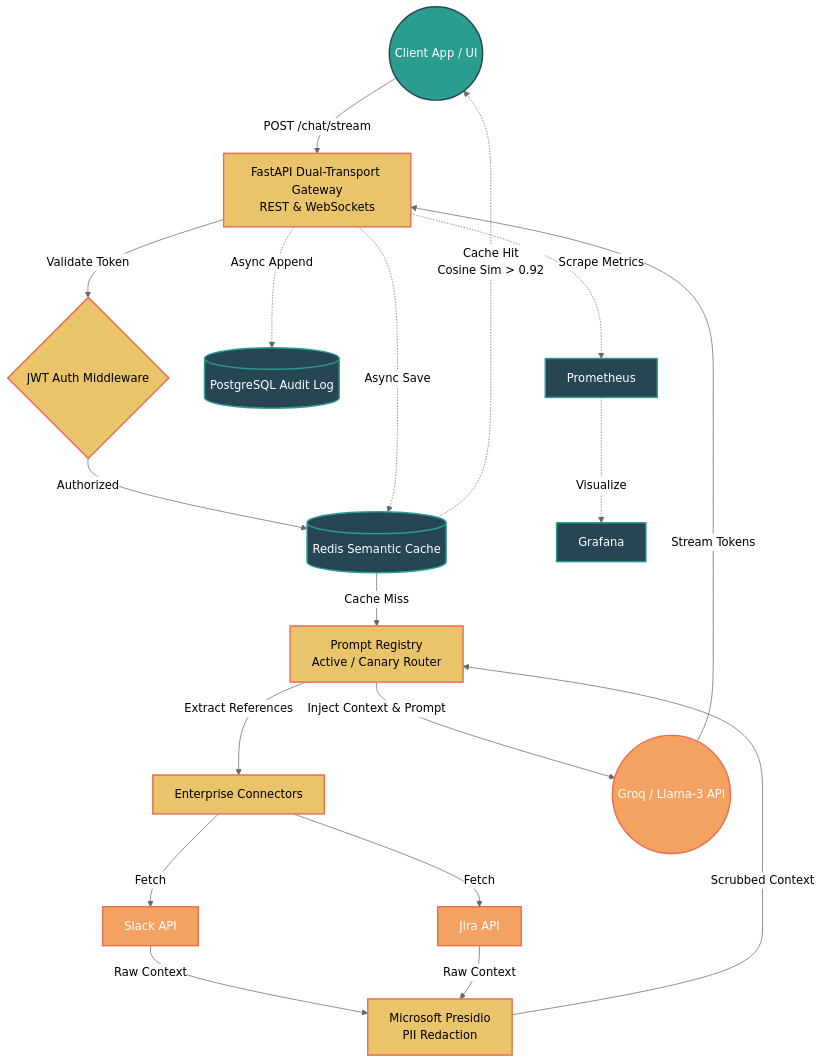
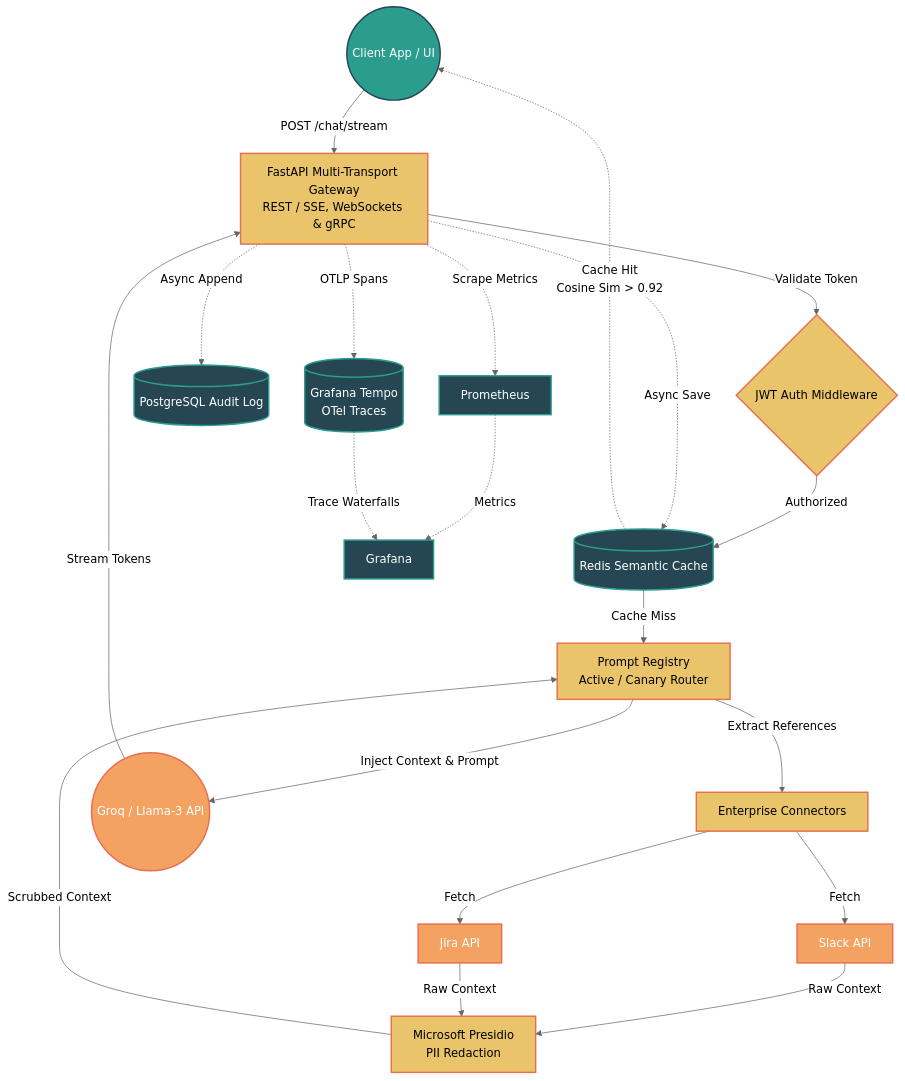
Before and after one commit to sahej009/streaming-ai-gateway: the diagram in readme.md, drawn with Mermaid (neutral theme). The commit also changed other lines of this file, not shown here.

Commit message:
docs: add live CI badges, OTel/Tempo architecture, and 50-case eval benchmarks

````diff
--- a/readme.md
+++ b/readme.md
@@ -20,39 +21,41 @@
 ```mermaid
 graph TD
     classDef client fill:#2a9d8f,stroke:#264653,stroke-width:2px,color:#fff;
     classDef core fill:#e9c46a,stroke:#e76f51,stroke-width:2px;
     classDef external fill:#f4a261,stroke:#e76f51,stroke-width:2px,color:#fff;
     classDef db fill:#264653,stroke:#2a9d8f,stroke-width:2px,color:#fff;
 
     Client((Client App / UI)):::client
-    Gateway[FastAPI Dual-Transport Gateway<br/>REST & WebSockets]:::core
+    Gateway[FastAPI Multi-Transport Gateway<br/>REST / SSE, WebSockets & gRPC]:::core
     Auth{JWT Auth Middleware}:::core
     Cache[(Redis Semantic Cache)]:::db
     Registry[Prompt Registry<br/>Active / Canary Router]:::core
     Connectors[Enterprise Connectors]:::core
     PII[Microsoft Presidio<br/>PII Redaction]:::core
     LLM((Groq / Llama-3 API)):::external
     Slack[Slack API]:::external
     Jira[Jira API]:::external
     DB[(PostgreSQL Audit Log)]:::db
     Prom[Prometheus]:::db
+    Tempo[(Grafana Tempo<br/>OTel Traces)]:::db
     Grafana[Grafana]:::db
 
     Client -->|POST /chat/stream| Gateway
     Gateway -->|Validate Token| Auth
     Auth -->|Authorized| Cache
     Cache -.->|Cache Hit <br/> Cosine Sim > 0.92| Client
     Cache -->|Cache Miss| Registry
     Registry -->|Extract References| Connectors
     Connectors -->|Fetch| Slack
     Connectors -->|Fetch| Jira
     Slack & Jira -->|Raw Context| PII
     PII -->|Scrubbed Context| Registry
     Registry -->|Inject Context & Prompt| LLM
     LLM -->|Stream Tokens| Gateway
     Gateway -.->|Async Save| Cache
     Gateway -.->|Async Append| DB
     Gateway -.->|Scrape Metrics| Prom
-    Prom -.->|Visualize| Grafana
-
+    Gateway -.->|OTLP Spans| Tempo
+    Prom -.->|Metrics| Grafana
+    Tempo -.->|Trace Waterfalls| Grafana
 ```
````
